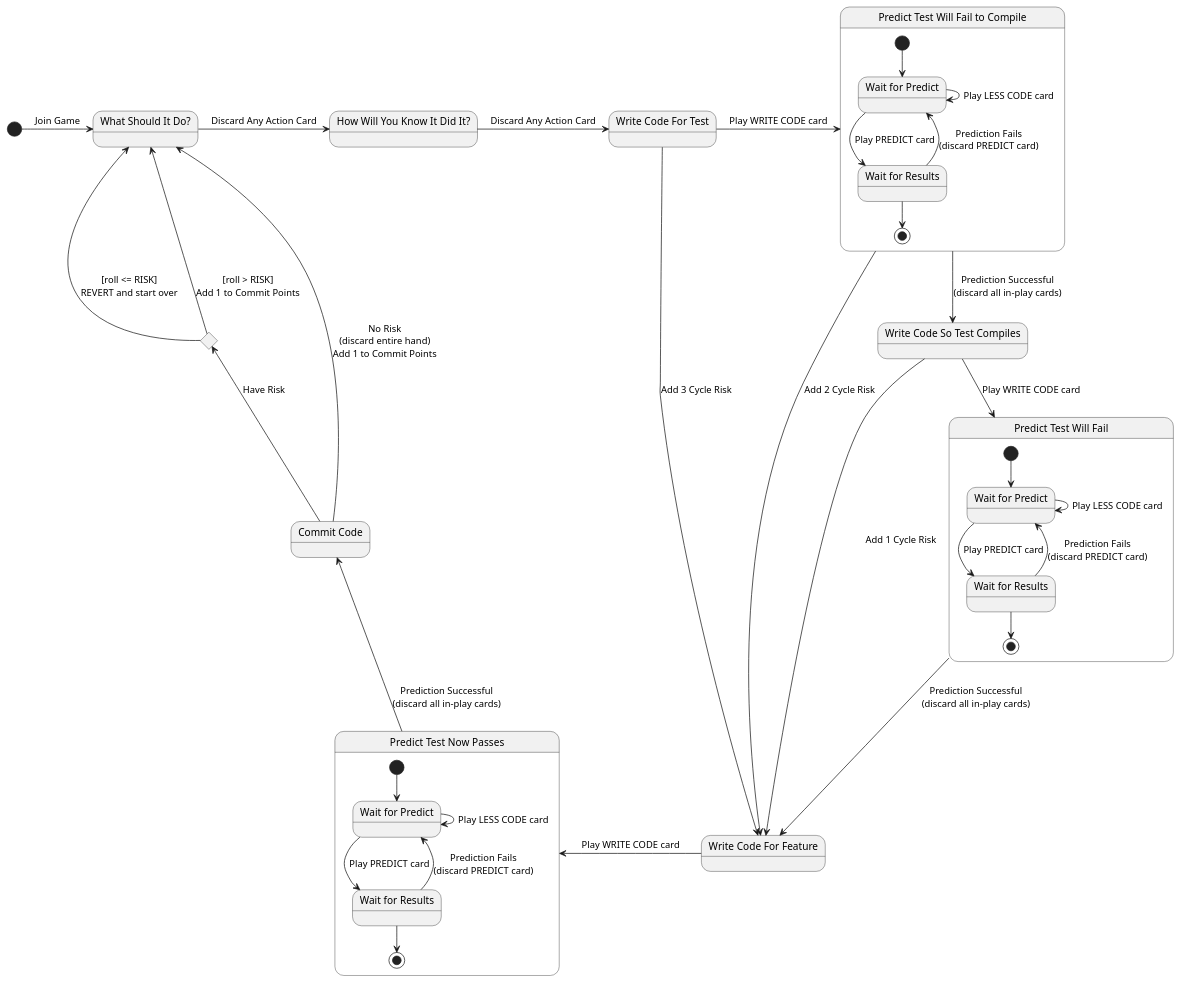
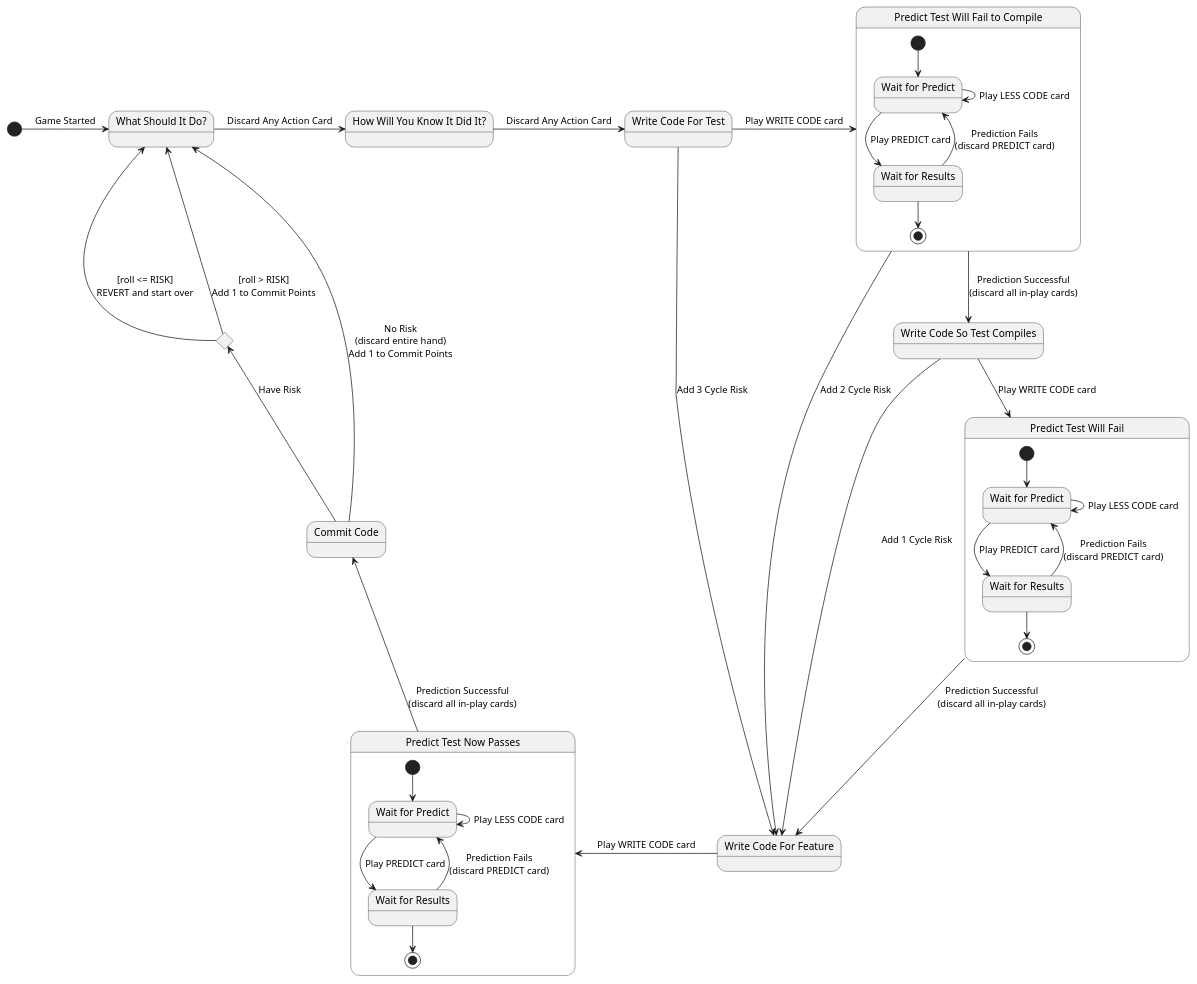
The diagram in board-state-machine.puml (jitterted/tdd-game), drawn with PlantUML before and after one commit. The commit also changed 2 other files, not shown here.

Commit message:
Added simple state machine for a Game

```diff
--- a/board-state-machine.puml
+++ b/board-state-machine.puml
@@ -1,75 +1,75 @@
 @startuml
 
 state "What Should It Do?" as what
 state "How Will You Know It Did It?" as how
 state "Write Code For Test" as for_test
 state "Predict Test Will Fail to Compile" as predict_fail_compile
 state "Write Code So Test Compiles" as test_compiles
 state "Predict Test Will Fail" as predict_test_fail
 state "Write Code For Feature" as for_feature
 state "Predict Test Now Passes" as predict_test_passes
 state "Commit Code" as commit_code
 
-[*] -r-> what : Join Game
+[*] -r-> what : Game Started
 
 what -r-> how : Discard Any Action Card
 
 how -r-> for_test : Discard Any Action Card
 
 for_test -r-> predict_fail_compile : Play WRITE CODE card
 
 for_test --> for_feature : Add 3 Cycle Risk
 state predict_fail_compile {
     state "Wait for Predict" as WaitForPredict2
     state "Wait for Results" as WaitForTestResults2
     [*] --> WaitForPredict2
     WaitForPredict2 --> WaitForPredict2 : Play LESS CODE card
     WaitForPredict2 --> WaitForTestResults2 : Play PREDICT card
     WaitForTestResults2 --> WaitForPredict2 : Prediction Fails\n(discard PREDICT card)
     WaitForTestResults2 --> [*]
 
 }
 
 predict_fail_compile --> for_feature : Add 2 Cycle Risk
 predict_fail_compile --> test_compiles : Prediction Successful\n(discard all in-play cards)
 
 test_compiles --> for_feature : Add 1 Cycle Risk
 test_compiles --> predict_test_fail : Play WRITE CODE card
 
 state predict_test_fail {
     state "Wait for Predict" as WaitForPredict4
     state "Wait for Results" as WaitForTestResults4
     [*] --> WaitForPredict4
     WaitForPredict4 --> WaitForPredict4 : Play LESS CODE card
     WaitForPredict4 --> WaitForTestResults4 : Play PREDICT card
     WaitForTestResults4 --> WaitForPredict4 : Prediction Fails\n(discard PREDICT card)
     WaitForTestResults4 --> [*]
 
 }
 
 predict_test_fail --> for_feature : Prediction Successful\n(discard all in-play cards)
 
 for_feature -l-> predict_test_passes : Play WRITE CODE card
 
 state predict_test_passes {
     state "Wait for Predict" as WaitForPredict5
     state "Wait for Results" as WaitForTestResults5
     [*] --> WaitForPredict5
     WaitForPredict5 --> WaitForPredict5 : Play LESS CODE card
     WaitForPredict5 --> WaitForTestResults5 : Play PREDICT card
     WaitForTestResults5 --> WaitForPredict5 : Prediction Fails\n(discard PREDICT card)
     WaitForTestResults5 --> [*]
 }
     predict_test_passes -u-> commit_code : Prediction Successful\n(discard all in-play cards)
 
 state evaluate_risk <<choice>>
 
 commit_code -u-> what : No Risk\n(discard entire hand)\nAdd 1 to Commit Points
 commit_code -u-> evaluate_risk : Have Risk
 
 evaluate_risk -u-> what : [roll <= RISK]\nREVERT and start over
 evaluate_risk -u-> what : [roll > RISK]\nAdd 1 to Commit Points
 
 
 
 @enduml
```
